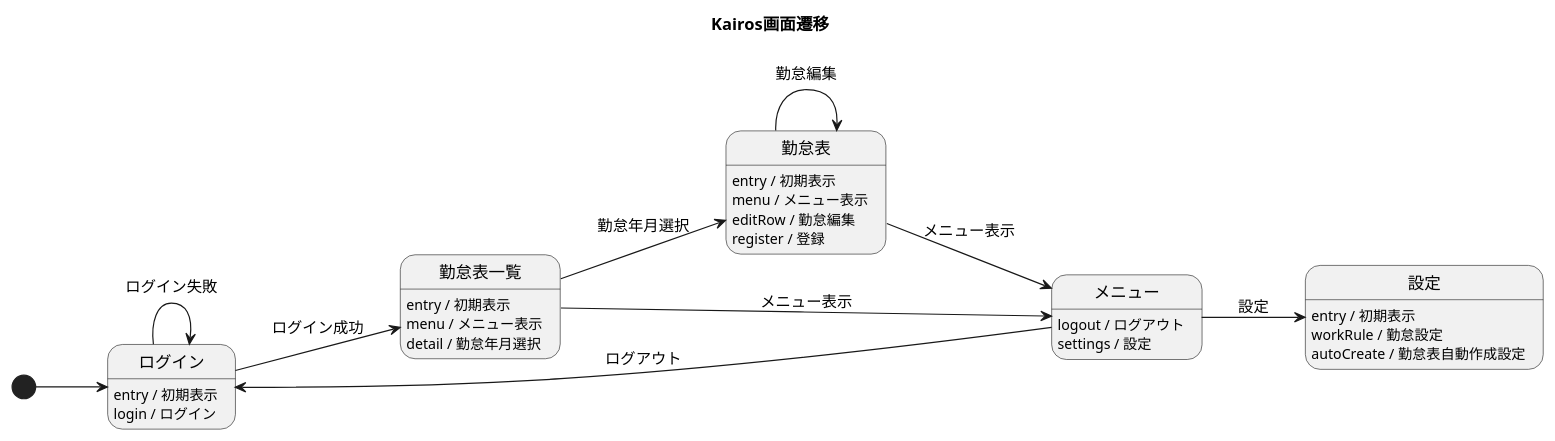
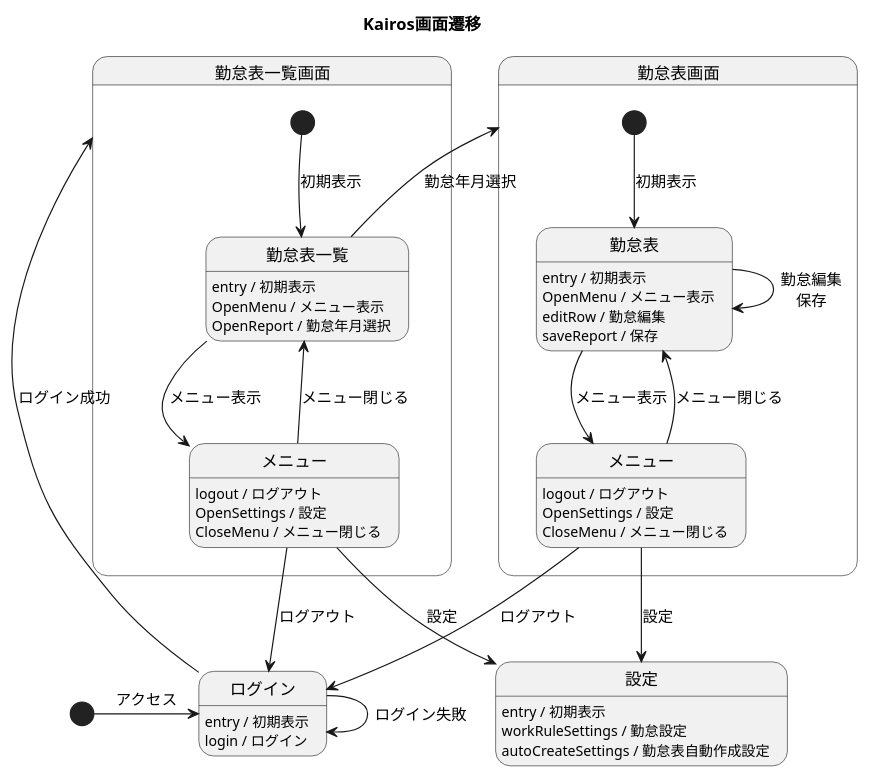
Before and after one commit to okanikani223/kairos: the diagram in docs/flow-diagrams/screen-flow-diagrams.puml, drawn with PlantUML.

Commit message:
docs: 画面遷移の修正

```diff
--- a/docs/flow-diagrams/screen-flow-diagrams.puml
+++ b/docs/flow-diagrams/screen-flow-diagrams.puml
@@ -1,40 +1,56 @@
 @startuml Kairos画面遷移
 title Kairos画面遷移
-left to right direction
 
 state "ログイン" as LoginView {
     LoginView : entry / 初期表示
     LoginView : login / ログイン
     LoginView -> LoginView : ログイン失敗
 }
-state "メニュー" as MenuDialog {
-    MenuDialog : logout / ログアウト
-    MenuDialog : settings / 設定
-}
 state "設定" as SettingsView {
     SettingsView : entry / 初期表示
-    SettingsView : workRule / 勤怠設定
-    SettingsView : autoCreate / 勤怠表自動作成設定
+    SettingsView : workRuleSettings / 勤怠設定
+    SettingsView : autoCreateSettings / 勤怠表自動作成設定
 }
-state "勤怠表一覧" as ReportListView {
-    ReportListView : entry / 初期表示
-    ReportListView : menu / メニュー表示
-    ReportListView : detail / 勤怠年月選択
+state "勤怠表一覧画面" as ReportListView {
+    state "勤怠表一覧" as ReportListView_Normal {
+        ReportListView_Normal : entry / 初期表示
+        ReportListView_Normal : OpenMenu / メニュー表示
+        ReportListView_Normal : OpenReport / 勤怠年月選択
+    }
+    state "メニュー" as ReportListView_Menu {
+        ReportListView_Menu : logout / ログアウト
+        ReportListView_Menu : OpenSettings / 設定
+        ReportListView_Menu : CloseMenu / メニュー閉じる
+    }
+
+    [*] --> ReportListView_Normal : 初期表示
+    ReportListView_Normal --> ReportListView_Menu : メニュー表示
+    ReportListView_Menu --> ReportListView_Normal : メニュー閉じる
 }
-state "勤怠表" as ReportView {
-    ReportView : entry / 初期表示
-    ReportView : menu / メニュー表示
-    ReportView : editRow / 勤怠編集
-    ReportView : register / 登録
+state "勤怠表画面" as ReportView {
+    state "勤怠表" as ReportView_Normal {
+        ReportView_Normal : entry / 初期表示
+        ReportView_Normal : OpenMenu / メニュー表示
+        ReportView_Normal : editRow / 勤怠編集
+        ReportView_Normal : saveReport / 保存
+    }
+    state "メニュー" as ReportView_Menu {
+        ReportView_Menu : logout / ログアウト
+        ReportView_Menu : OpenSettings / 設定
+        ReportView_Menu : CloseMenu / メニュー閉じる
+    }
 
-    ReportView -> ReportView : 勤怠編集
+    [*] --> ReportView_Normal : 初期表示
+    ReportView_Normal --> ReportView_Menu : メニュー表示
+    ReportView_Menu --> ReportView_Normal : メニュー閉じる
+    ReportView_Normal --> ReportView_Normal : 勤怠編集\n保存
 }
 
-[*] --> LoginView
+[*] -r-> LoginView : アクセス
 LoginView --> ReportListView : ログイン成功
-ReportListView --> MenuDialog : メニュー表示
-ReportListView --> ReportView : 勤怠年月選択
-ReportView --> MenuDialog : メニュー表示
-MenuDialog --> LoginView : ログアウト
-MenuDialog --> SettingsView : 設定
+ReportListView_Normal --> ReportView : 勤怠年月選択
+ReportListView_Menu --> LoginView : ログアウト
+ReportListView_Menu --> SettingsView : 設定
+ReportView_Menu --> SettingsView : 設定
+ReportView_Menu --> LoginView : ログアウト
 @enduml
```
